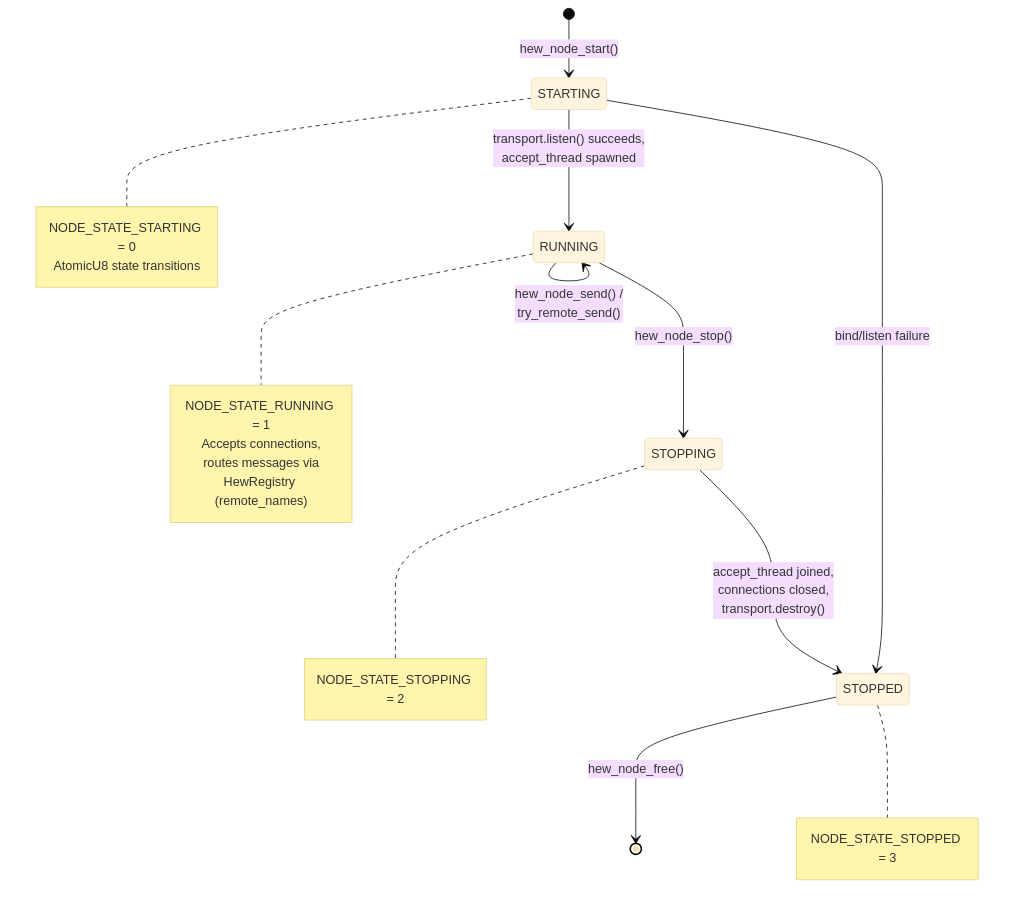
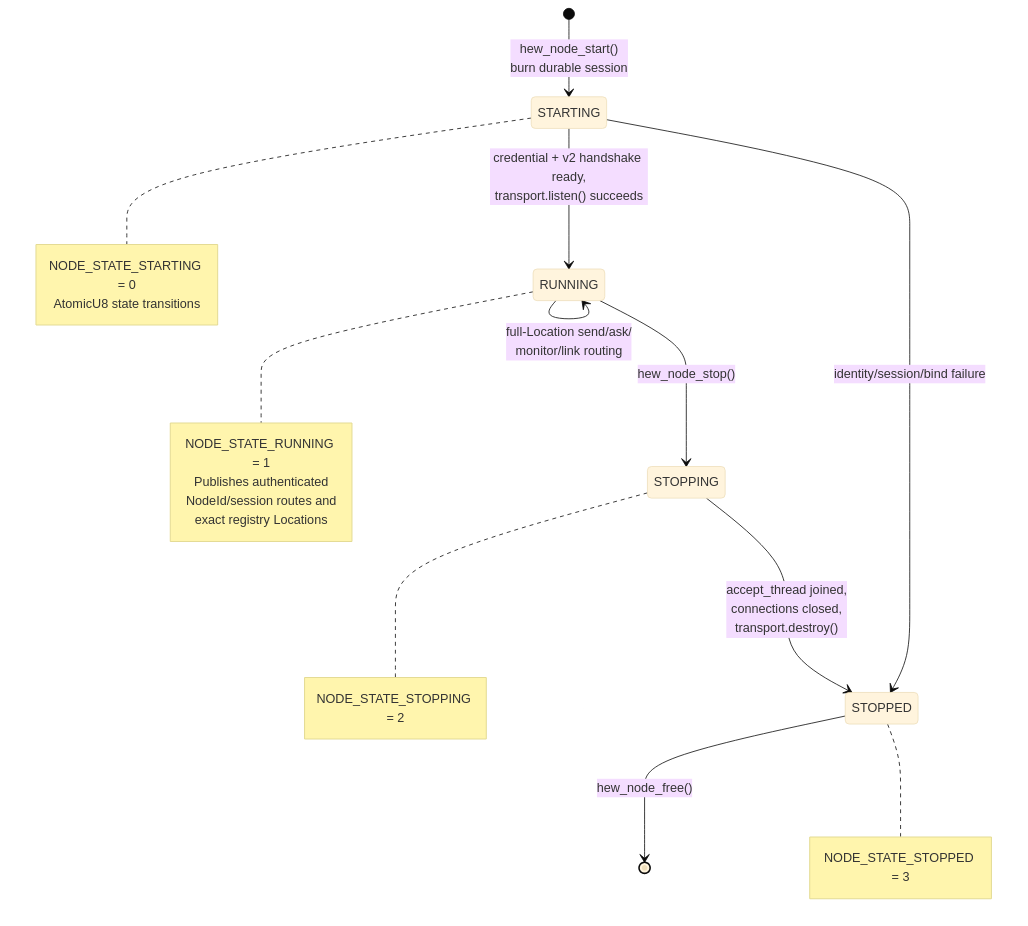
The fifth of 7 diagrams in docs/diagrams.md (hew-lang/hew), drawn with Mermaid (base theme) before and after one commit. The commit also changed other lines of this file and 9 other files, not shown here.

````diff
--- a/docs/diagrams.md
+++ b/docs/diagrams.md
@@ -217,34 +220,34 @@
 ```mermaid
 stateDiagram-v2
-    [*] --> STARTING: hew_node_start()
+    [*] --> STARTING: hew_node_start()<br/>burn durable session
 
-    STARTING --> RUNNING: transport.listen() succeeds,<br/>accept_thread spawned
-    STARTING --> STOPPED: bind/listen failure
+    STARTING --> RUNNING: credential + v2 handshake ready,<br/>transport.listen() succeeds
+    STARTING --> STOPPED: identity/session/bind failure
 
     RUNNING --> STOPPING: hew_node_stop()
-    RUNNING --> RUNNING: hew_node_send() /<br/>try_remote_send()
+    RUNNING --> RUNNING: full-Location send/ask/<br/>monitor/link routing
 
     STOPPING --> STOPPED: accept_thread joined,<br/>connections closed,<br/>transport.destroy()
 
     STOPPED --> [*]: hew_node_free()
 
     note right of STARTING
         NODE_STATE_STARTING = 0
         AtomicU8 state transitions
     end note
 
     note right of RUNNING
         NODE_STATE_RUNNING = 1
-        Accepts connections,
-        routes messages via
-        HewRegistry (remote_names)
+        Publishes authenticated
+        NodeId/session routes and
+        exact registry Locations
     end note
 
     note right of STOPPING
         NODE_STATE_STOPPING = 2
     end note
 
     note right of STOPPED
         NODE_STATE_STOPPED = 3
     end note
 ```
````
